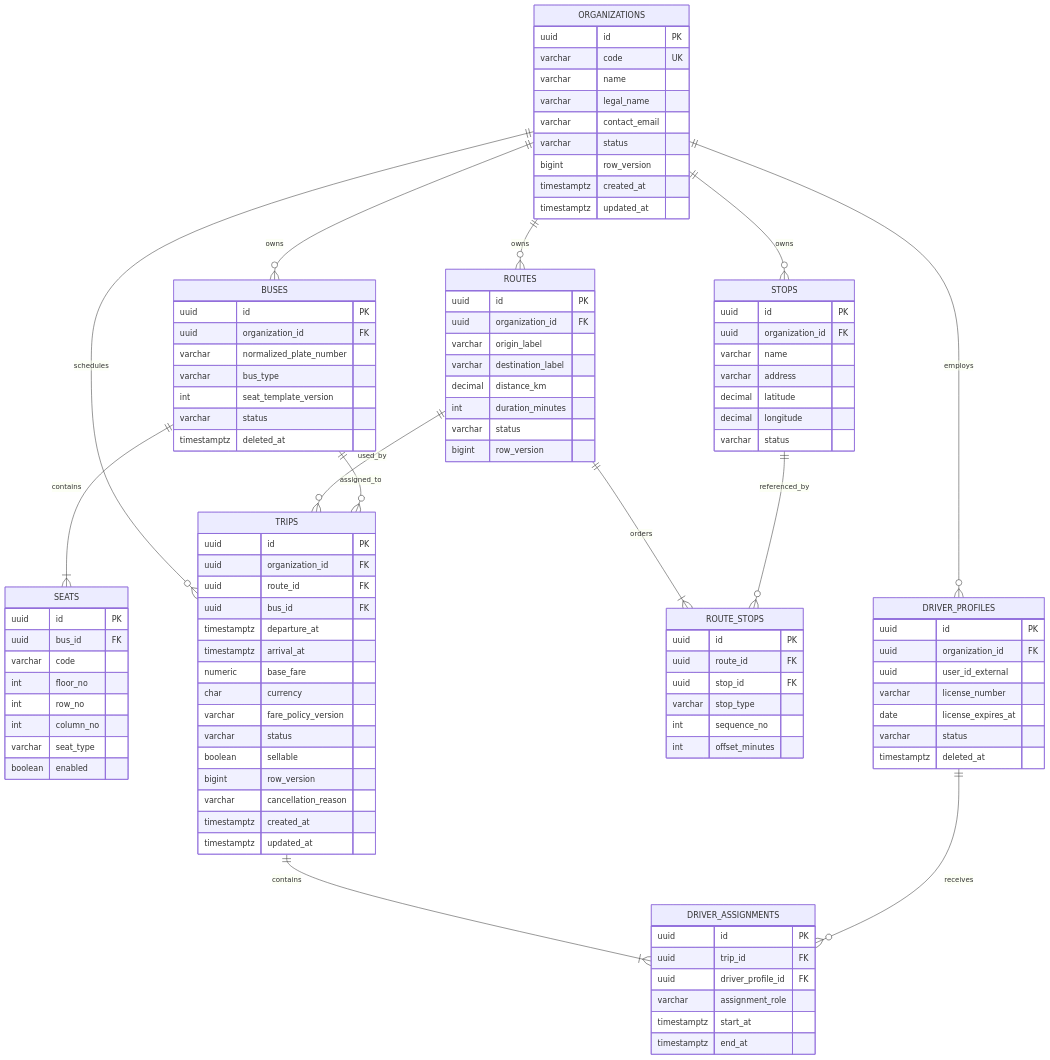
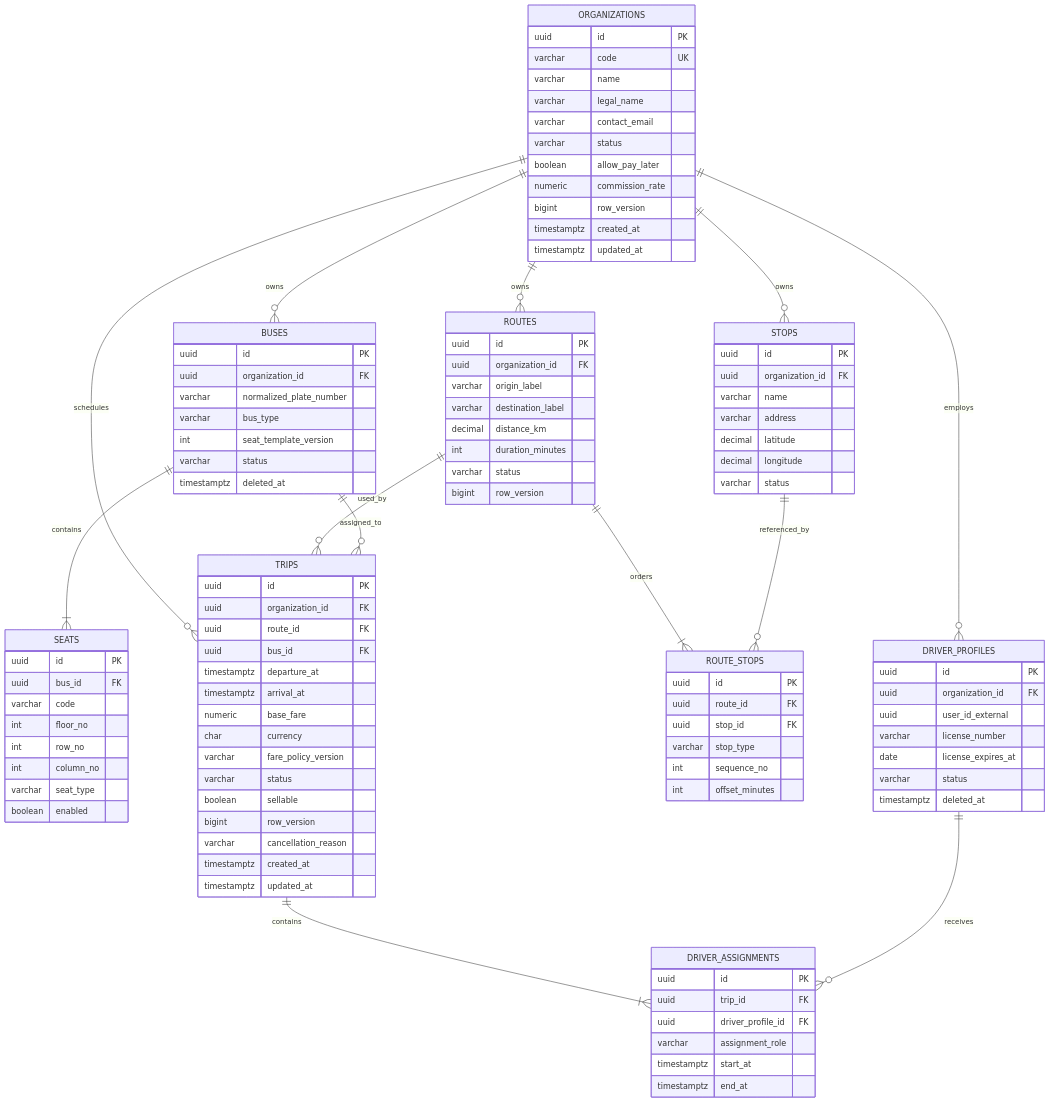
One commit to TrisMinh/PBL6 changed the diagram in docs/system-design/02-07-database-erd/02-transport-db.md. Above: the diagram before and after it, drawn with Mermaid. The commit also changed other lines of this file and 68 other files, not shown here.

First line of the commit message:
docs: add SRS 2.0.1 pay-later and platform commission

```diff
--- a/docs/system-design/02-07-database-erd/02-transport-db.md
+++ b/docs/system-design/02-07-database-erd/02-transport-db.md
@@ -11,6 +11,8 @@
         varchar legal_name
         varchar contact_email
         varchar status
+        boolean allow_pay_later
+        numeric commission_rate
         bigint row_version
         timestamptz created_at
         timestamptz updated_at
```
